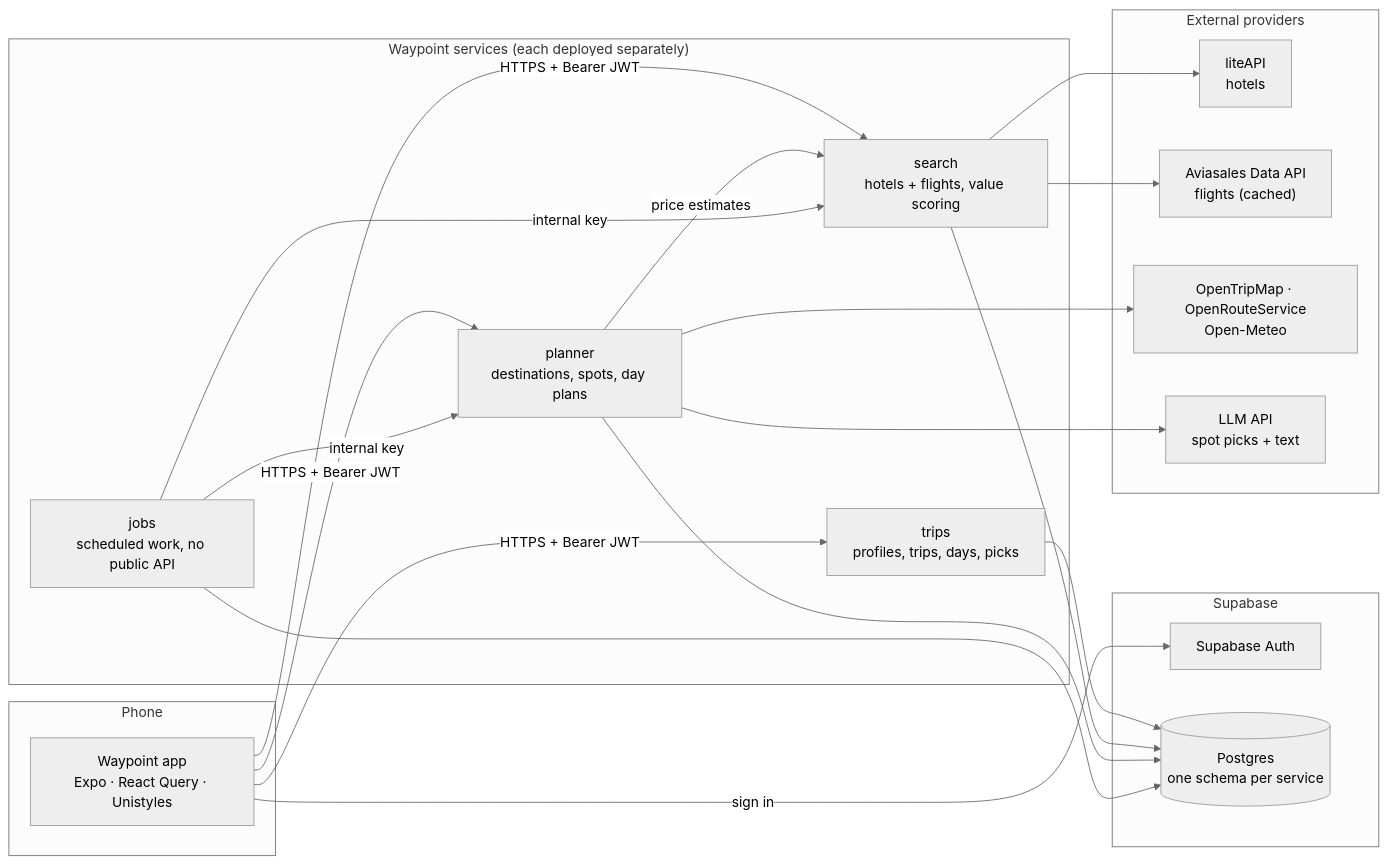
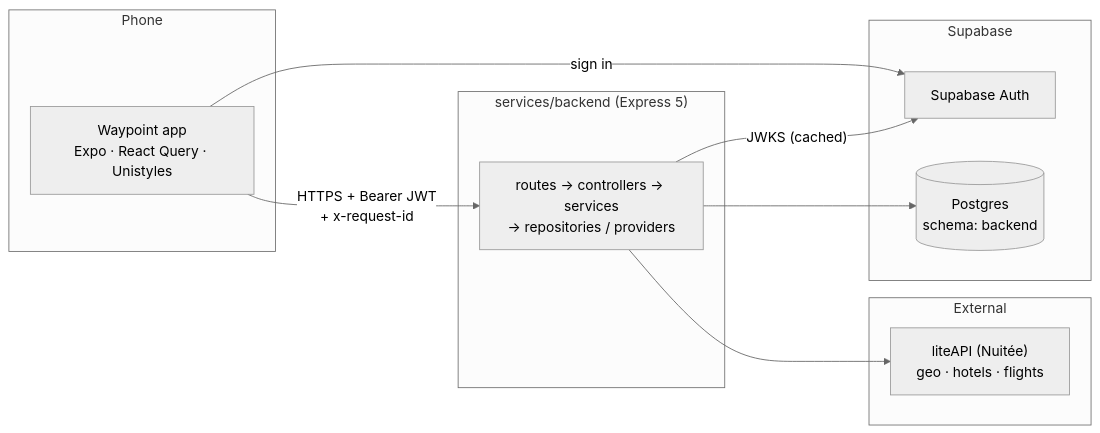
Before and after one commit to RayMand1234/Waypoint: the first of 4 diagrams in docs/architecture.md, drawn with Mermaid (neutral theme). The commit also changed other lines of this file and 2 other files, not shown here.

First line of the commit message:
Update docs for the single backend, step order and stay search

````diff
--- a/docs/architecture.md
+++ b/docs/architecture.md
@@ -20,44 +20,25 @@
 ```mermaid
 flowchart LR
   subgraph Phone
     APP["Waypoint app<br/>Expo · React Query · Unistyles"]
   end
 
-  subgraph Services["Waypoint services (each deployed separately)"]
-    TRIPS["trips<br/>profiles, trips, days, picks"]
-    SEARCH["search<br/>hotels + flights, value scoring"]
-    PLANNER["planner<br/>destinations, spots, day plans"]
-    JOBS["jobs<br/>scheduled work, no public API"]
+  subgraph Backend["services/backend (Express 5)"]
+    API["routes → controllers → services<br/>→ repositories / providers"]
   end
 
   subgraph Supabase
     AUTH["Supabase Auth"]
-    DB[("Postgres<br/>one schema per service")]
+    DB[("Postgres<br/>schema: backend")]
   end
 
-  subgraph External["External providers"]
-    LITE["liteAPI<br/>hotels"]
-    AVIA["Aviasales Data API<br/>flights (cached)"]
-    PLACES["OpenTripMap · OpenRouteService<br/>Open-Meteo"]
-    LLM["LLM API<br/>spot picks + text"]
+  subgraph External["External"]
+    LITE["liteAPI (Nuitée)<br/>geo · hotels · flights"]
   end
 
   APP -- "sign in" --> AUTH
-  APP -- "HTTPS + Bearer JWT" --> TRIPS
-  APP -- "HTTPS + Bearer JWT" --> SEARCH
-  APP -- "HTTPS + Bearer JWT" --> PLANNER
-
-  PLANNER -- "price estimates" --> SEARCH
-  JOBS -- "internal key" --> SEARCH
-  JOBS -- "internal key" --> PLANNER
-
-  TRIPS --> DB
-  SEARCH --> DB
-  PLANNER --> DB
-  JOBS --> DB
-
-  SEARCH --> LITE
-  SEARCH --> AVIA
-  PLANNER --> PLACES
-  PLANNER --> LLM
+  APP -- "HTTPS + Bearer JWT<br/>+ x-request-id" --> API
+  API -- "JWKS (cached)" --> AUTH
+  API --> DB
+  API --> LITE
 ```
````
